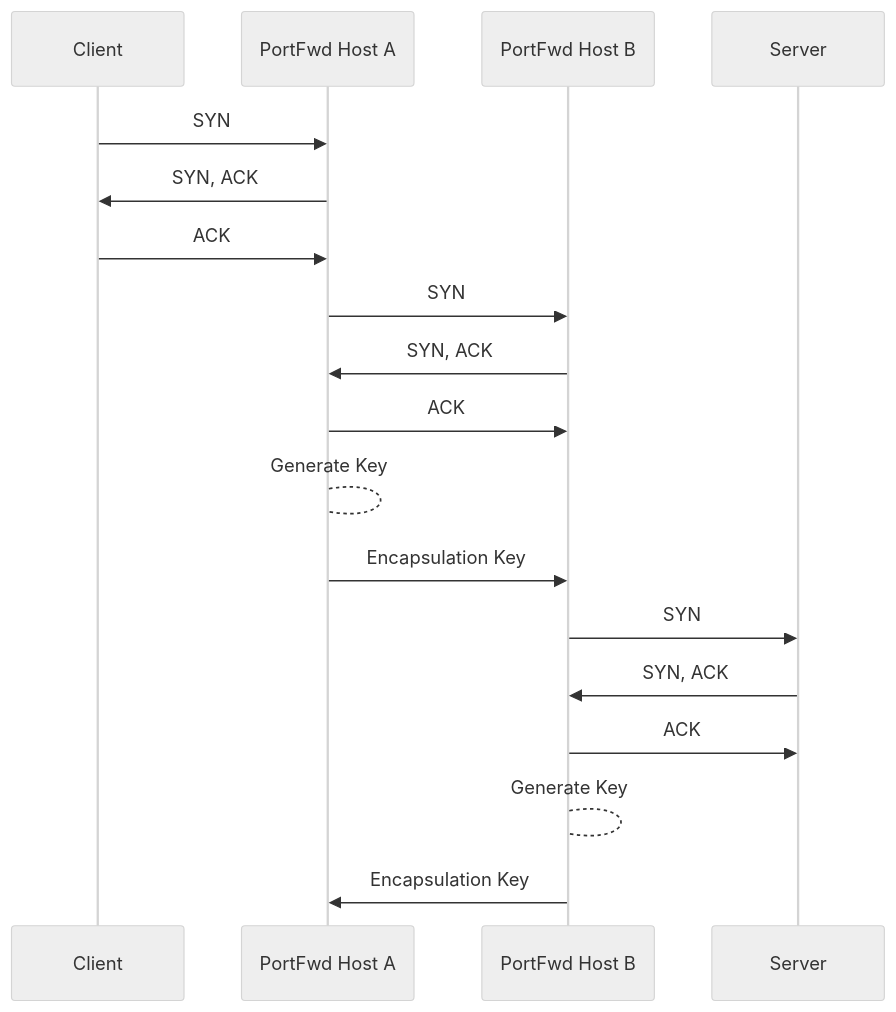
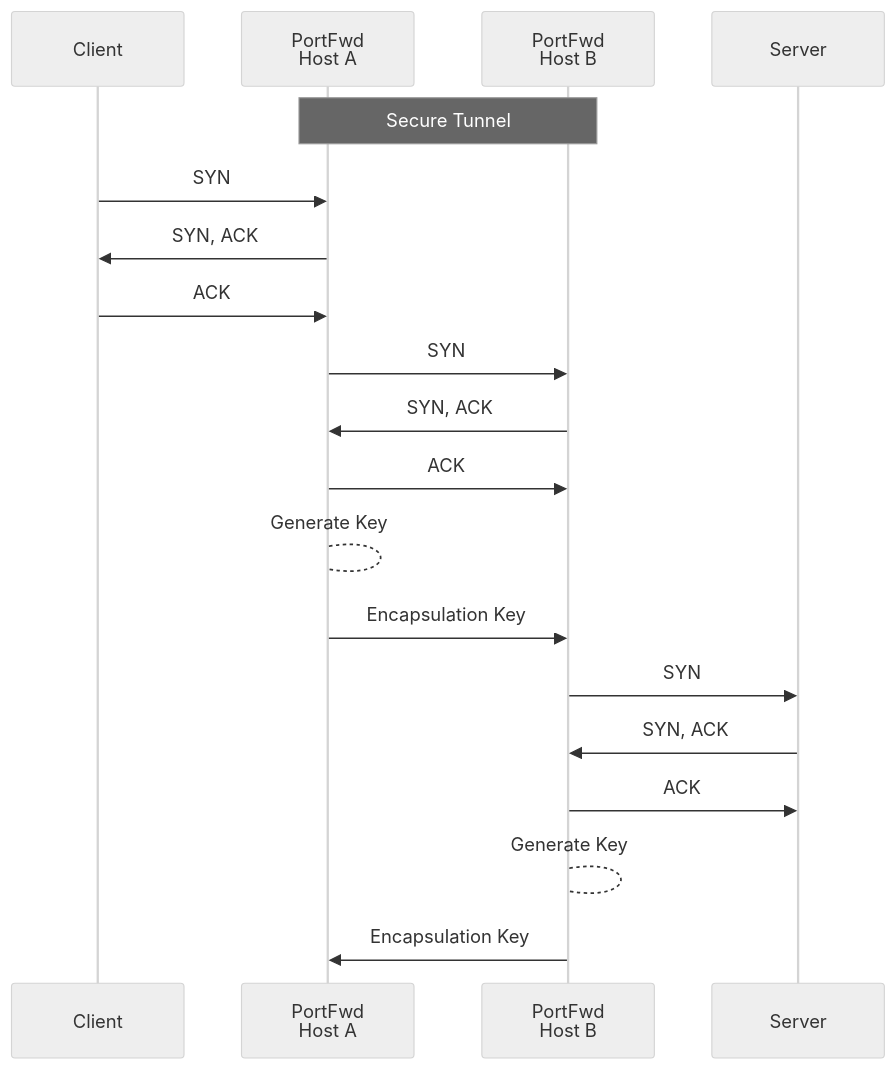
Before and after one commit to cmason3/portfwd: the diagram in README.md, drawn with Mermaid (neutral theme).

````diff
--- a/README.md
+++ b/README.md
@@ -32,24 +32,25 @@
 ```mermaid
 sequenceDiagram
     participant C as Client
-    participant A as PortFwd Host A
-    participant B as PortFwd Host B
+    participant A as PortFwd<br />Host A
+    participant B as PortFwd<br />Host B
     participant S as Server
+    Note over A,B: Secure Tunnel
     C->>A: SYN
     A->>C: SYN, ACK
     C->>A: ACK
     A->>B: SYN
     B->>A: SYN, ACK
     A->>B: ACK
 
     A-->A: Generate Key
     A->>B: Encapsulation Key
 
     B->>S: SYN
     S->>B: SYN, ACK
     B->>S: ACK
 
     B-->B: Generate Key
     B->>A: Encapsulation Key
 
 ```
````
